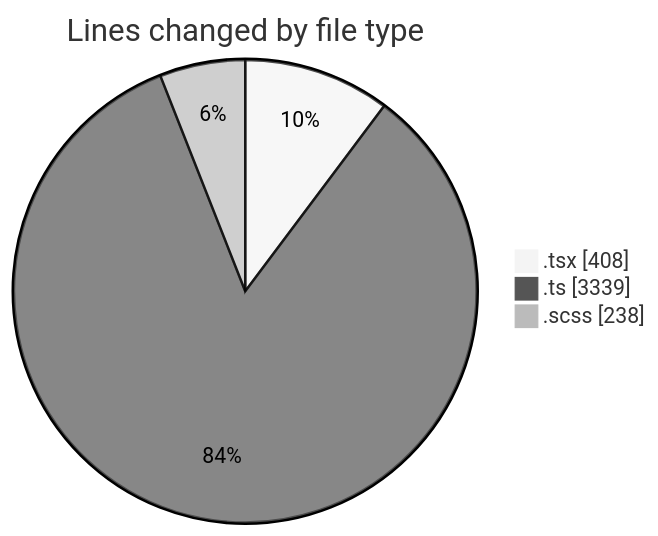
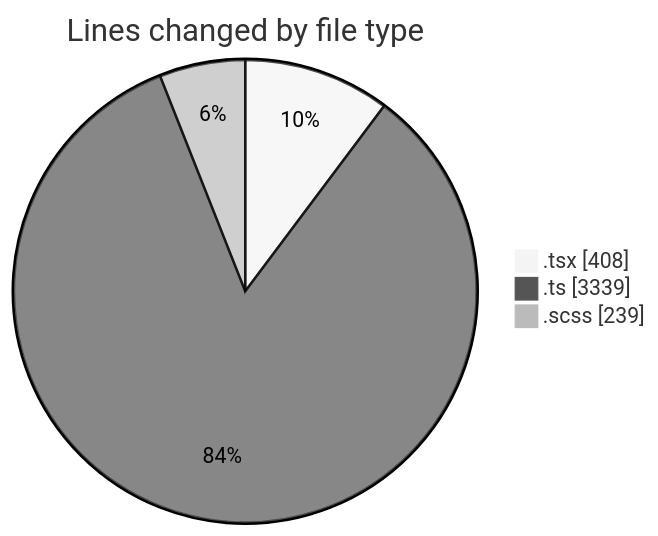
Before and after one commit to momahboobian/code-tracking: the first of 2 diagrams in 2025-09-17/cda/README.md, drawn with Mermaid (neutral theme). The commit also changed other lines of this file and 1 other file, not shown here.

````diff
--- a/2025-09-17/cda/README.md
+++ b/2025-09-17/cda/README.md
@@ -24,7 +24,7 @@
 ```mermaid
 pie showData
 title Lines changed by file type
 ".tsx" : 408
 ".ts" : 3339
-".scss" : 238
+".scss" : 239
 ```
````
